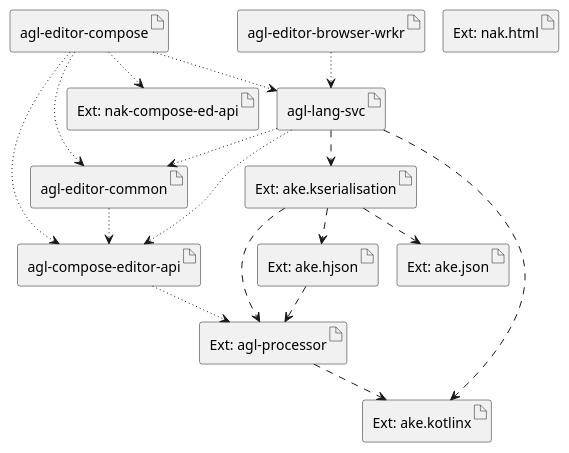
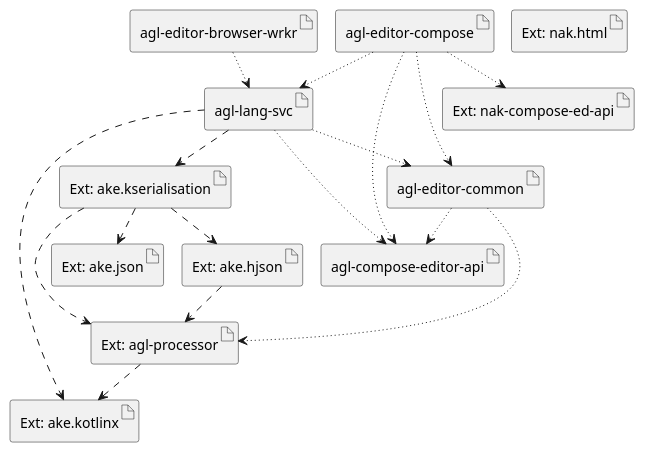
Before and after one commit to dhakehurst/net.akehurst.language.editor: the diagram in net.akehurst.language.editor/_architecture/dependencies.puml, drawn with PlantUML. The commit also changed 10 other files, not shown here.

```diff
--- a/net.akehurst.language.editor/_architecture/dependencies.puml
+++ b/net.akehurst.language.editor/_architecture/dependencies.puml
@@ -1,44 +1,44 @@
 @startuml
 !pragma layout smetana
 
 artifact "agl-compose-editor-api" as ed_api
 artifact "agl-editor-common" as ed_com
 artifact "agl-lang-svc" as lang_svc
 artifact "agl-editor-compose" as ed_compose
 
 artifact "agl-editor-browser-wrkr" as brws_wrkr
 
 artifact "Ext: nak-compose-ed-api" as nak_comp_ed_api
 artifact "Ext: agl-processor" as agl_proc
 artifact "Ext: ake.hjson" as hjson
 artifact "Ext: ake.json" as json
 artifact "Ext: nak.html" as html
 
 artifact "Ext: ake.kserialisation" as kserialisation
 artifact "Ext: ake.kotlinx" as kotlinx
 
 
-ed_api -[dotted]-> agl_proc
+ed_com -[dotted]-> agl_proc
 ed_com -[dotted]-> ed_api
 ed_compose -[dotted]-> nak_comp_ed_api
 
 lang_svc -[dotted]-> ed_api
 lang_svc -[dotted]-> ed_com
 lang_svc -[dashed]-> kotlinx
 lang_svc -[dashed]-> kserialisation
 
 ed_compose -[dotted]-> ed_api
 ed_compose -[dotted]-> ed_com
 ed_compose -[dotted]-> lang_svc
 
 brws_wrkr -[dotted]-> lang_svc
 
 
 kserialisation -[dashed]-> agl_proc
 kserialisation -[dashed]-> hjson
 kserialisation -[dashed]-> json
 agl_proc -[dashed]-> kotlinx
 
 hjson -[dashed]-> agl_proc
 
 @enduml
```
